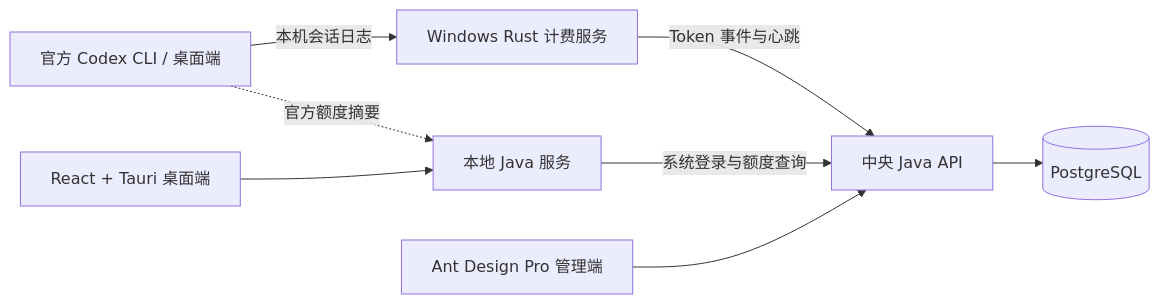
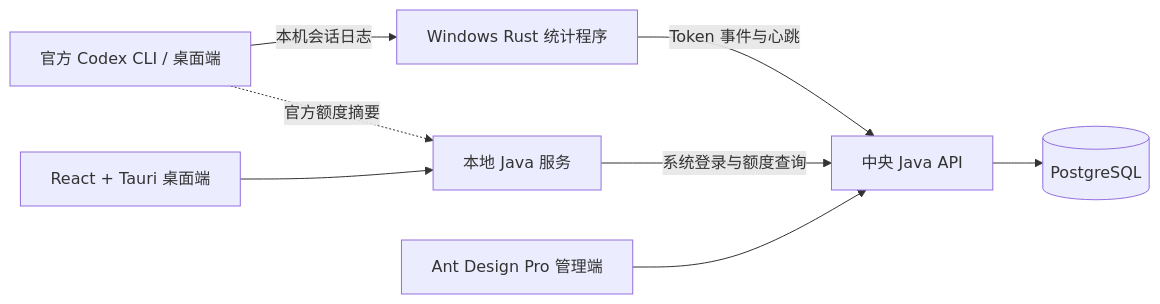
One commit to 3240665200/Codex-Quota-Guard changed the diagram in README.md. Above: the diagram before and after it, drawn with Mermaid. The commit also changed other lines of this file and 52 other files, not shown here.

````diff
--- a/README.md
+++ b/README.md
@@ -52,10 +52,10 @@
 ```mermaid
 flowchart LR
-    Codex[官方 Codex CLI / 桌面端] -->|本机会话日志| Meter[Windows Rust 计费服务]
+    Codex[官方 Codex CLI / 桌面端] -->|本机会话日志| Meter[Windows Rust 统计程序]
     Meter -->|Token 事件与心跳| API[中央 Java API]
     Desktop[React + Tauri 桌面端] --> Local[本地 Java 服务]
     Codex -.->|官方额度摘要| Local
     Local -->|系统登录与额度查询| API
     Admin[Ant Design Pro 管理端] --> API
     API --> DB[(PostgreSQL)]
 ```
````
